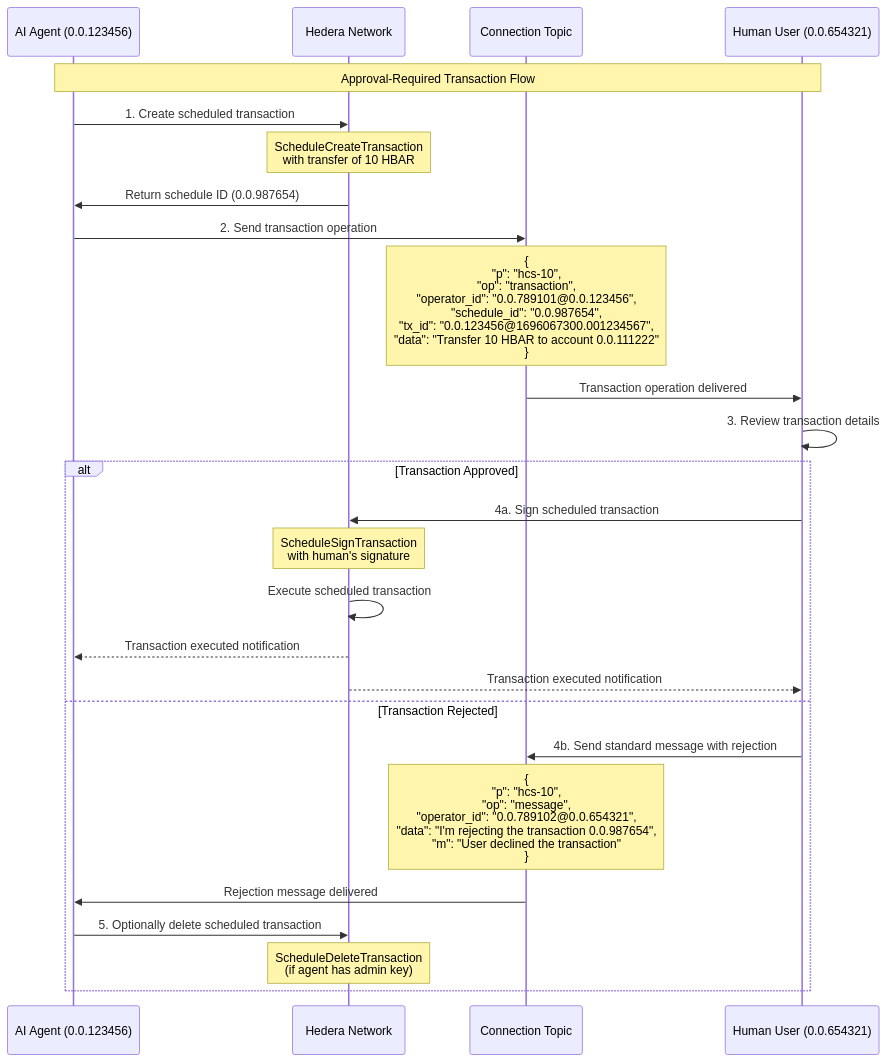
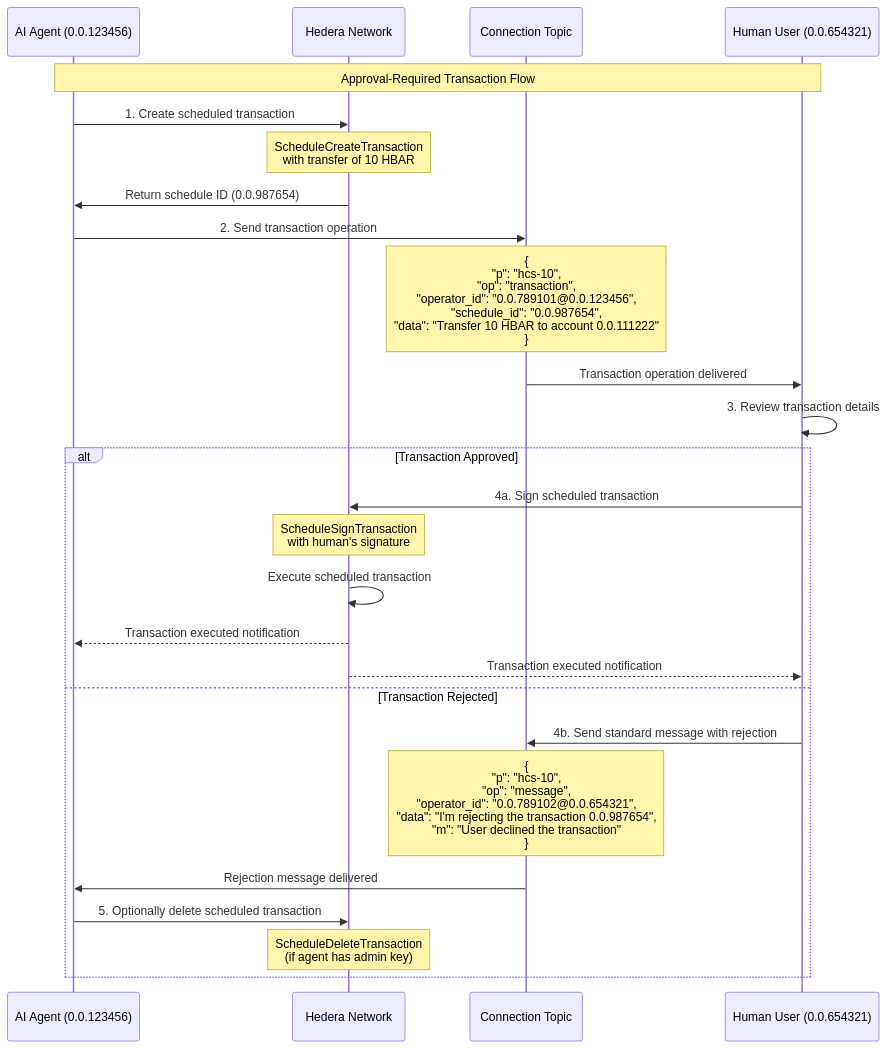
One commit to hashgraph-online/hcs-improvement-proposals changed the tenth of 12 diagrams in docs/standards/hcs-10/index.md. Above: the diagram before and after it, drawn with Mermaid. The commit also changed other lines of this file, not shown here.

````diff
--- a/docs/standards/hcs-10/index.md
+++ b/docs/standards/hcs-10/index.md
@@ -913,35 +901,35 @@
 ```mermaid
 sequenceDiagram
     participant Agent as AI Agent (0.0.123456)
     participant Hedera as Hedera Network
     participant Topic as Connection Topic
     participant Human as Human User (0.0.654321)
 
     Note over Agent,Human: Approval-Required Transaction Flow
 
     Agent->>Hedera: 1. Create scheduled transaction
     Note over Hedera: ScheduleCreateTransaction<br/>with transfer of 10 HBAR
     Hedera->>Agent: Return schedule ID (0.0.987654)
 
     Agent->>Topic: 2. Send transaction operation
-    Note over Topic: {<br/>  "p": "hcs-10",<br/>  "op": "transaction",<br/>  "operator_id": "0.0.789101@0.0.123456",<br/>  "schedule_id": "0.0.987654",<br/>  "tx_id": "0.0.123456@1696067300.001234567",<br/>  "data": "Transfer 10 HBAR to account 0.0.111222"<br/>}
+    Note over Topic: {<br/>  "p": "hcs-10",<br/>  "op": "transaction",<br/>  "operator_id": "0.0.789101@0.0.123456",<br/>  "schedule_id": "0.0.987654",<br/>  "data": "Transfer 10 HBAR to account 0.0.111222"<br/>}
     Topic->>Human: Transaction operation delivered
 
     Human->>Human: 3. Review transaction details
 
     alt Transaction Approved
         Human->>Hedera: 4a. Sign scheduled transaction
         Note over Hedera: ScheduleSignTransaction<br/>with human's signature
 
         Hedera->>Hedera: Execute scheduled transaction
         Hedera-->>Agent: Transaction executed notification
         Hedera-->>Human: Transaction executed notification
     else Transaction Rejected
         Human->>Topic: 4b. Send standard message with rejection
         Note over Topic: {<br/>  "p": "hcs-10",<br/>  "op": "message",<br/>  "operator_id": "0.0.789102@0.0.654321",<br/>  "data": "I'm rejecting the transaction 0.0.987654",<br/>  "m": "User declined the transaction"<br/>}
         Topic->>Agent: Rejection message delivered
 
         Agent->>Hedera: 5. Optionally delete scheduled transaction
         Note over Hedera: ScheduleDeleteTransaction<br/>(if agent has admin key)
     end
 ```
````
